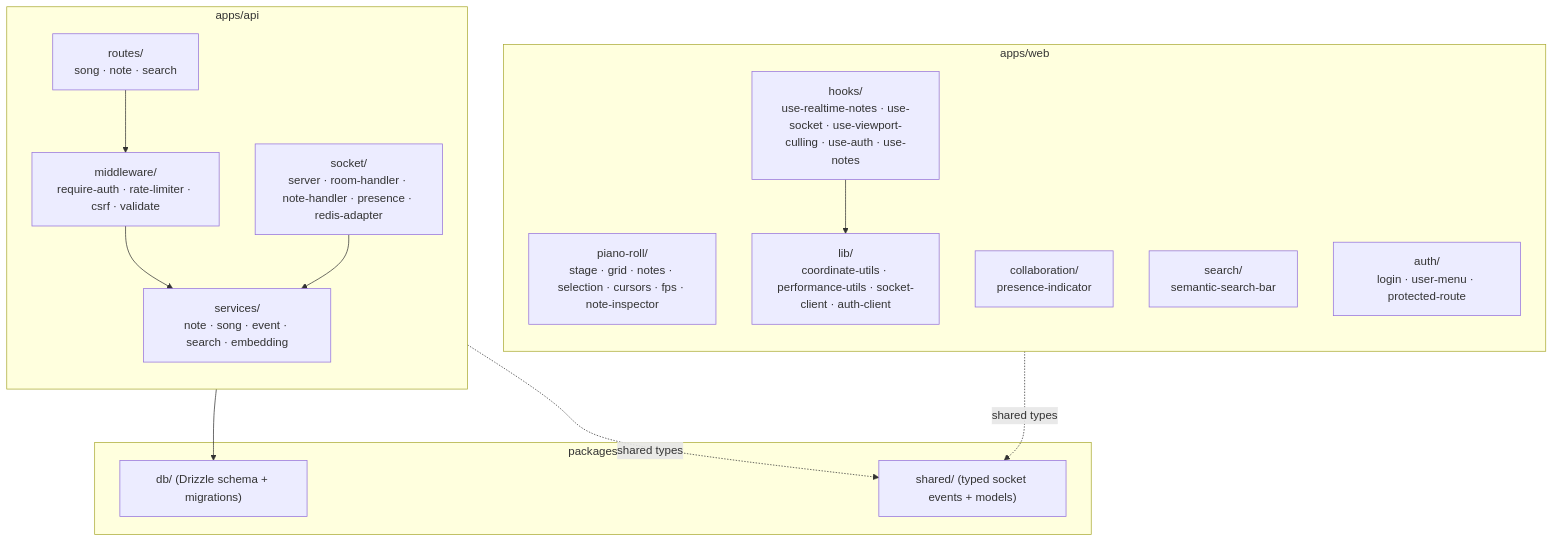
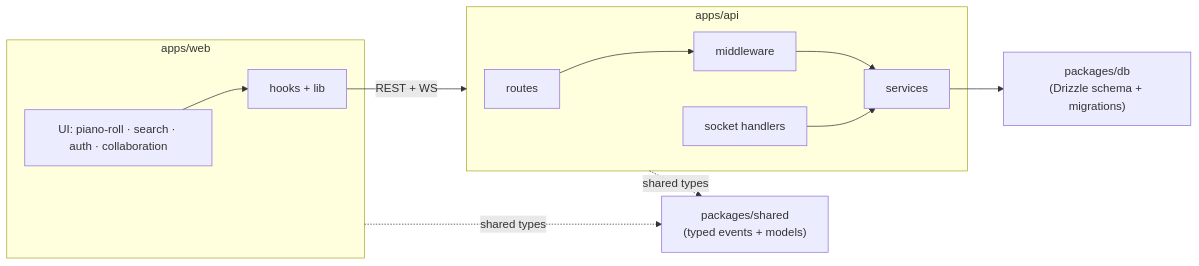
Before and after one commit to giangld04/midi-casestudy: the fourth of 7 diagrams in docs/architecture.md, drawn with Mermaid. The commit also changed other lines of this file, not shown here.

First line of the commit message:
docs: clarify architecture diagrams

````diff
--- a/docs/architecture.md
+++ b/docs/architecture.md
@@ -89,28 +107,19 @@
 ```mermaid
-flowchart TB
+flowchart LR
   subgraph web["apps/web"]
-    direction TB
-    pr["piano-roll/<br/>stage · grid · notes · selection · cursors · fps · note-inspector"]
-    collab["collaboration/<br/>presence-indicator"]
-    search["search/<br/>semantic-search-bar"]
-    auth["auth/<br/>login · user-menu · protected-route"]
-    hooks["hooks/<br/>use-realtime-notes · use-socket · use-viewport-culling · use-auth · use-notes"]
-    lib["lib/<br/>coordinate-utils · performance-utils · socket-client · auth-client"]
+    UIweb["UI: piano-roll · search · auth · collaboration"]
+    HL["hooks + lib"]
+    UIweb --> HL
   end
   subgraph api["apps/api"]
-    direction TB
-    routes["routes/<br/>song · note · search"]
-    mw["middleware/<br/>require-auth · rate-limiter · csrf · validate"]
-    services["services/<br/>note · song · event · search · embedding"]
-    socket["socket/<br/>server · room-handler · note-handler · presence · redis-adapter"]
+    RT["routes"] --> MW["middleware"] --> SVCc["services"]
+    SK["socket handlers"] --> SVCc
   end
-  subgraph pkg["packages"]
-    db["db/ (Drizzle schema + migrations)"]
-    shared["shared/ (typed socket events + models)"]
-  end
-  routes --> mw --> services --> db
-  socket --> services
-  hooks --> lib
-  web -. shared types .-> shared
-  api -. shared types .-> shared
+  DB["packages/db<br/>(Drizzle schema + migrations)"]
+  SH["packages/shared<br/>(typed events + models)"]
+
+  HL -->|"REST + WS"| api
+  SVCc --> DB
+  web -. shared types .-> SH
+  api -. shared types .-> SH
 ```
````
